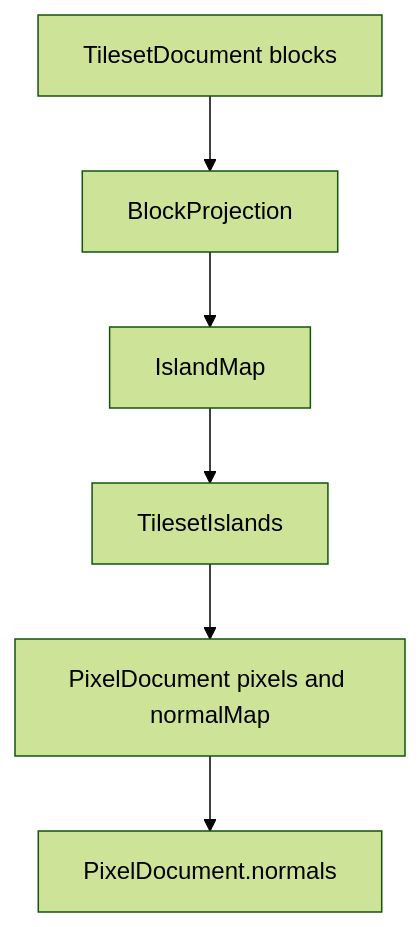
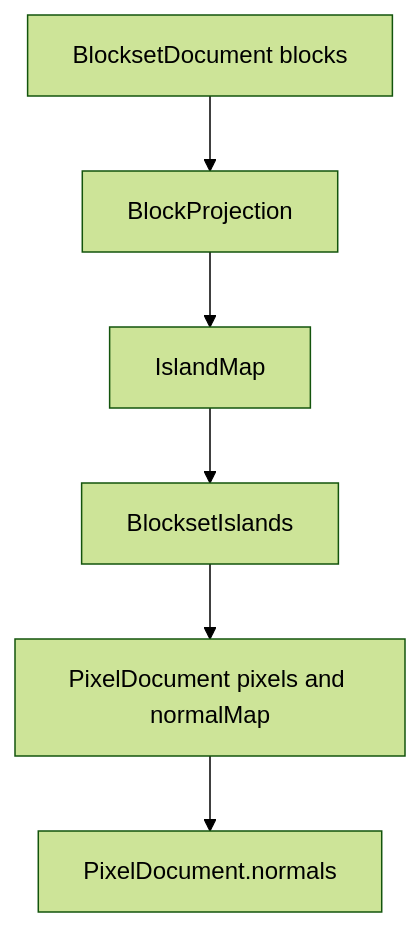
The third of 5 diagrams in packages/assets/voxel-map/ARCHITECTURE.md (JollyPixel/editor), drawn with Mermaid (forest theme) before and after one commit. The commit also changed other lines of this file and 382 other files, not shown here.

First line of the commit message:
Merge pull request #907 from JollyPixel/refactor-blockset

````diff
--- a/packages/assets/voxel-map/ARCHITECTURE.md
+++ b/packages/assets/voxel-map/ARCHITECTURE.md
@@ -34,8 +34,8 @@
 ```mermaid
 flowchart TB
-    TilesetBlocks["TilesetDocument blocks"] --> Projection["BlockProjection"]
+    BlocksetBlocks["BlocksetDocument blocks"] --> Projection["BlockProjection"]
     Projection --> Islands["IslandMap"]
-    Islands --> TilesetIslands["TilesetIslands"]
-    TilesetIslands --> TilesetPixels["PixelDocument pixels and normalMap"]
-    TilesetPixels --> NormalMap["PixelDocument.normals"]
+    Islands --> BlocksetIslands["BlocksetIslands"]
+    BlocksetIslands --> BlocksetPixels["PixelDocument pixels and normalMap"]
+    BlocksetPixels --> NormalMap["PixelDocument.normals"]
 ```
````
